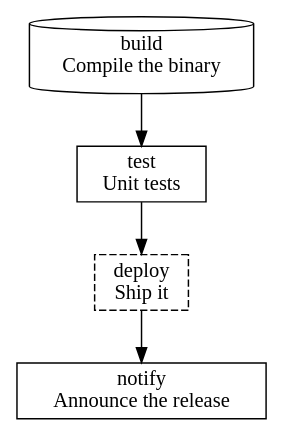
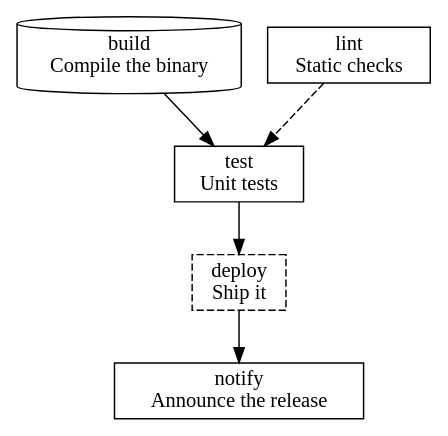
One commit to quike/keepup changed the diagram in internal/graph/test-resources/dag.dot. Above: the diagram before and after it, drawn with Graphviz. The commit also changed 17 other files, not shown here.

Commit message:
feat: dag after: ordering edges on flow run entries (#80)

```diff
--- a/internal/graph/test-resources/dag.dot
+++ b/internal/graph/test-resources/dag.dot
@@ -1,12 +1,14 @@
 // flow: ci (mode: dag)
 digraph "ci" {
   rankdir=TB;
   node [shape=box];
   "build" [label="build\nCompile the binary", shape=cylinder];
+  "lint" [label="lint\nStatic checks"];
   "test" [label="test\nUnit tests"];
   "deploy" [label="deploy\nShip it", style=dashed];
   "notify" [label="notify\nAnnounce the release"];
   "build" -> "test";
   "deploy" -> "notify";
+  "lint" -> "test" [style=dashed];
   "test" -> "deploy";
 }
```
